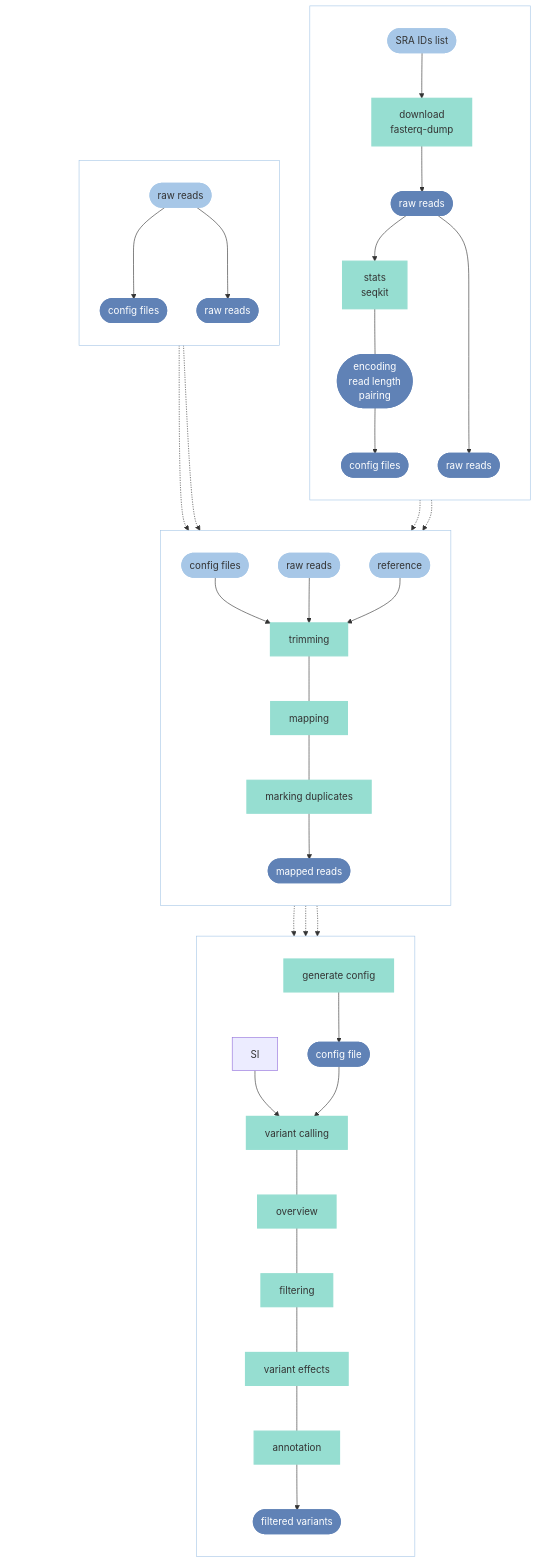
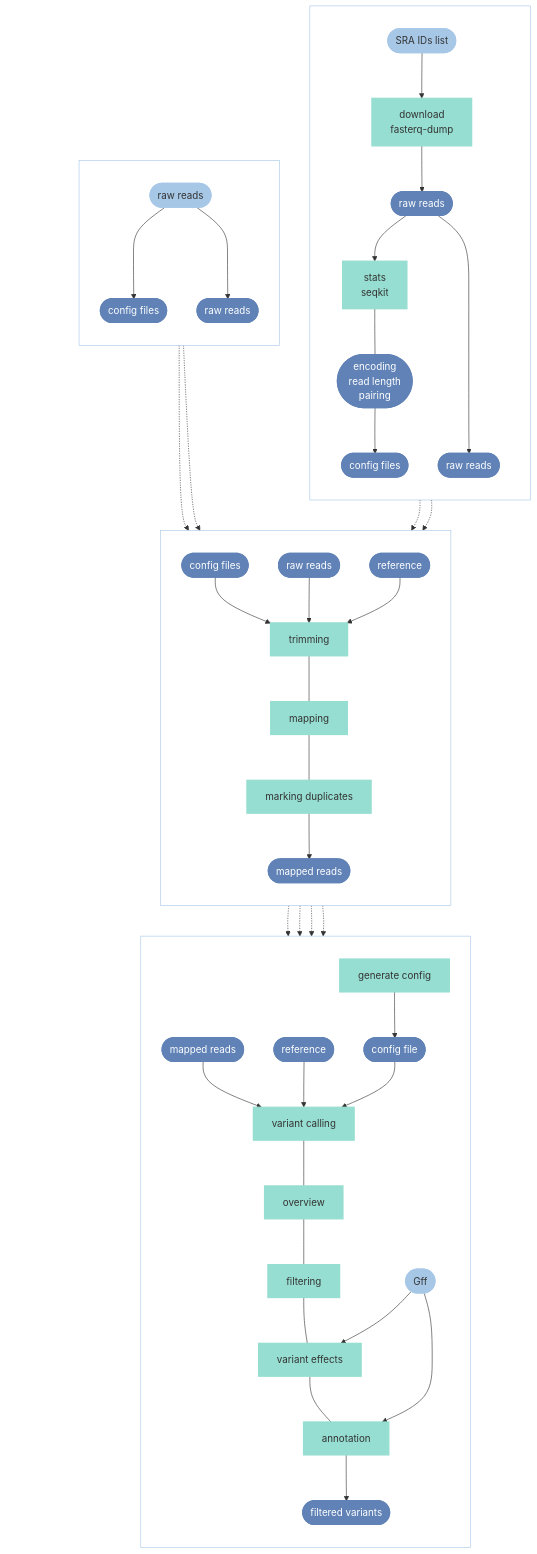
The diagram in README_overview.md (aniafijarczyk/read-map-call), drawn with Mermaid before and after one commit.

Commit message:
connections

````diff
--- a/README_overview.md
+++ b/README_overview.md
@@ -4,63 +4,67 @@
 ```mermaid
 graph TB;
 
     classDef Output fill:#6082B6,stroke:#6082B6,stroke-width:2px,color:#fff;
     classDef Input fill:#A7C7E7,stroke:#A7C7E7,stroke-width:2px;
     classDef Process fill:#96DED1,stroke:#96DED1,stroke-width:2px;
 
     subgraph download
         direction TB;
         A([SRA IDs list]):::Input --> A2["download\nfasterq-dump"]:::Process;
         A2 --> B(["raw reads"]):::Output;
         B --> D["stats\nseqkit"];
         D:::Process --- E(["encoding\nread length\npairing"]);
         E:::Output --> G(["config files"]):::Output;
         B ----> B2(["raw reads"]):::Output;
     end
 
     subgraph genconf
         direction TB;
         C(["raw reads"]):::Input ---> I(["config files"]):::Output;
         C ---> C2(["raw reads"]):::Output
     end
 
     subgraph mapping
         direction TB;
-        H(["config files"]):::Input --> J[trimming]:::Process;
-        H2(["raw reads"]):::Input --> J[trimming]:::Process;
-        H3(["reference"]):::Input --> J[trimming]:::Process;
+        H(["config files"]):::Output --> J[trimming]:::Process;
+        H2(["raw reads"]):::Output --> J[trimming]:::Process;
+        H3(["reference"]):::Output --> J[trimming]:::Process;
         J --- K[mapping]:::Process;
         K --- L[marking duplicates]:::Process;
         L --> M(["mapped reads"]):::Output;
     end
 
     subgraph snps
         direction TB;
         CN["generate config"]:::Process --> CN2(["config file"]):::Output;
-        SI --> S1["variant calling"]:::Process;
+        SI(["mapped reads"]):::Output --> S1["variant calling"]:::Process;
+        R(["reference"]):::Output --> S1["variant calling"]:::Process;
         CN2 --> S1;
         S1 --- S2["overview"]:::Process;
         S2 --- S3["filtering"]:::Process;
         S3 --- S4["variant effects"]:::Process;
         S4 --- S5["annotation"]:::Process;
         S5 --> S6(["filtered variants"]):::Output;
+        GFF(["Gff"]):::Input --> S4;
+        GFF(["Gff"]):::Input --> S5;
     end
     
     subgraph main
         direction TB;
         G -.-> H;
         I -.-> H;
         B2 -.-> H2;
         C2 -.-> H2;
         M -.-> SI;
         M -.-> CN;
-        H3 -.-> S1;
+        H3 -.-> R;
+        H3 -.-> CN2;
     end
     
     classDef subg fill:#fff,color:#fff,stroke:#A7C7E7
     class download,genconf,mapping,snps subg
 	
     classDef maing fill:#fff,color:#fff,stroke:#fff
     class main maing
 
 ```
````
